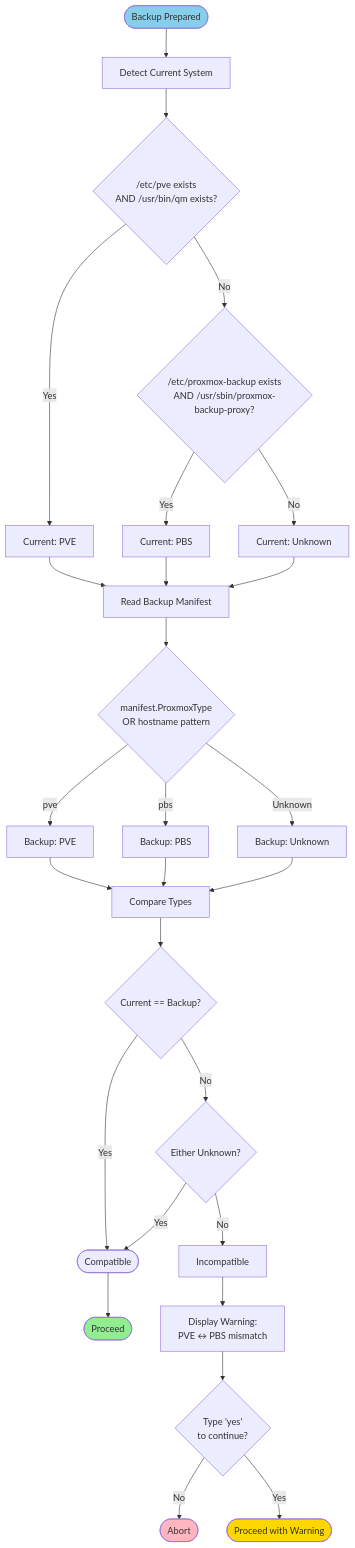
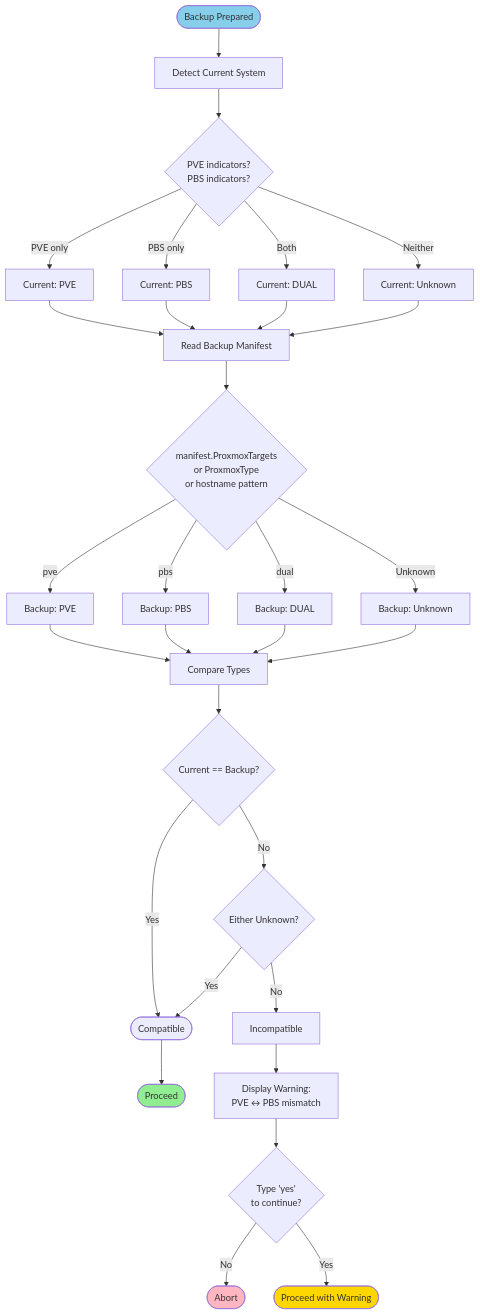
Before and after one commit to tis24dev/proxsave: diagram 12 of 12 in docs/RESTORE_DIAGRAMS.md, drawn with Mermaid. The commit also changed other lines of this file and 10 other files, not shown here.

````diff
--- a/docs/RESTORE_DIAGRAMS.md
+++ b/docs/RESTORE_DIAGRAMS.md
@@ -629,44 +634,46 @@
 ```mermaid
 flowchart TD
     Start([Backup Prepared]) --> DetectCurrent[Detect Current System]
-    DetectCurrent --> CheckPVE{"/etc/pve exists<br/>AND /usr/bin/qm exists?"}
+    DetectCurrent --> CheckSystem{PVE indicators?<br/>PBS indicators?}
 
-    CheckPVE -->|Yes| CurrentPVE[Current: PVE]
-    CheckPVE -->|No| CheckPBS{"/etc/proxmox-backup exists<br/>AND /usr/sbin/proxmox-backup-proxy?"}
-
-    CheckPBS -->|Yes| CurrentPBS[Current: PBS]
-    CheckPBS -->|No| CurrentUnknown[Current: Unknown]
+    CheckSystem -->|PVE only| CurrentPVE[Current: PVE]
+    CheckSystem -->|PBS only| CurrentPBS[Current: PBS]
+    CheckSystem -->|Both| CurrentDual[Current: DUAL]
+    CheckSystem -->|Neither| CurrentUnknown[Current: Unknown]
 
     CurrentPVE --> ReadManifest
     CurrentPBS --> ReadManifest
+    CurrentDual --> ReadManifest
     CurrentUnknown --> ReadManifest[Read Backup Manifest]
 
-    ReadManifest --> CheckBackupType{manifest.ProxmoxType<br/>OR hostname pattern}
+    ReadManifest --> CheckBackupType{manifest.ProxmoxTargets<br/>or ProxmoxType<br/>or hostname pattern}
     CheckBackupType -->|pve| BackupPVE[Backup: PVE]
     CheckBackupType -->|pbs| BackupPBS[Backup: PBS]
+    CheckBackupType -->|dual| BackupDual[Backup: DUAL]
     CheckBackupType -->|Unknown| BackupUnknown[Backup: Unknown]
 
     BackupPVE --> Compare
     BackupPBS --> Compare
+    BackupDual --> Compare
     BackupUnknown --> Compare[Compare Types]
 
     Compare --> Match{Current == Backup?}
     Match -->|Yes| Compatible([Compatible])
     Match -->|No| CheckUnknown{Either Unknown?}
 
     CheckUnknown -->|Yes| Compatible
     CheckUnknown -->|No| Incompatible[Incompatible]
 
     Incompatible --> DisplayWarning["Display Warning:<br/>PVE ↔ PBS mismatch"]
     DisplayWarning --> AskOverride{Type 'yes'<br/>to continue?}
 
     AskOverride -->|No| Abort([Abort])
     AskOverride -->|Yes| ProceedAnyway([Proceed with Warning])
 
     Compatible --> Proceed([Proceed])
 
     style Start fill:#87CEEB
     style Proceed fill:#90EE90
     style ProceedAnyway fill:#FFD700
     style Abort fill:#FFB6C1
 ```
````
